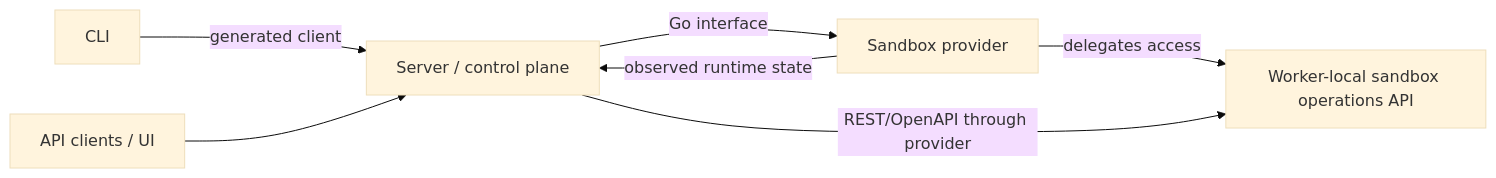
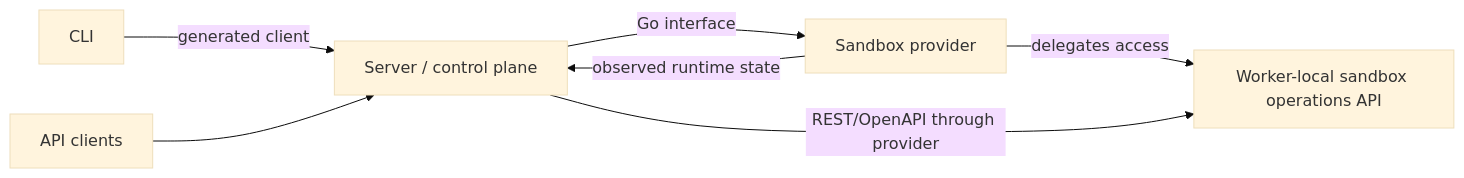
The first of 2 diagrams in DESIGN.md (discobox-ai/discobox), drawn with Mermaid (base theme) before and after one commit. The commit also changed other lines of this file and 495 other files, not shown here.

````diff
--- a/DESIGN.md
+++ b/DESIGN.md
@@ -26,9 +26,9 @@
 ```mermaid
 flowchart LR
     cli["CLI"] -->|"generated client"| server["Server / control plane"]
-    clients["API clients / UI"] --> server
+    clients["API clients"] --> server
     server -->|"Go interface"| provider["Sandbox provider"]
     provider -->|"delegates access"| sandbox["Worker-local sandbox operations API"]
     server -->|"REST/OpenAPI through provider"| sandbox
     provider -->|"observed runtime state"| server
 ```
````
